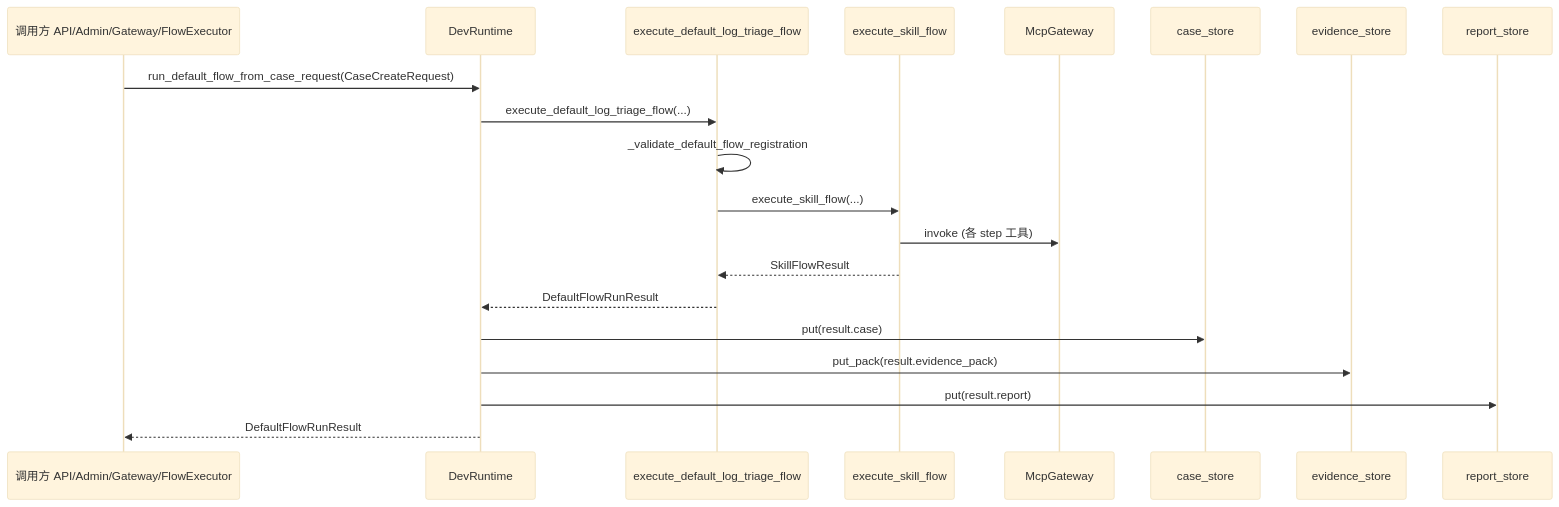
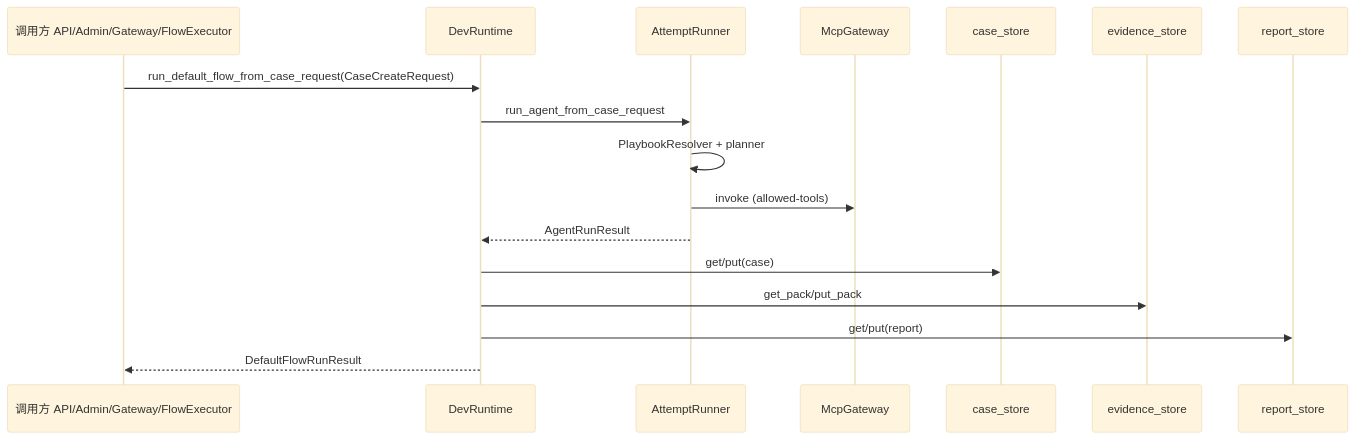
One commit to iceycn/root-seeker-v2 changed the second of 2 diagrams in docs/business-logic/01-bootstrap-wiring.md. Above: the diagram before and after it, drawn with Mermaid (base theme). The commit also changed other lines of this file and 10 other files, not shown here.

Commit message:
docs(skill): record Agent playbook as default path

````diff
--- a/docs/business-logic/01-bootstrap-wiring.md
+++ b/docs/business-logic/01-bootstrap-wiring.md
@@ -136,23 +136,20 @@
 ```mermaid
 sequenceDiagram
     participant Caller as 调用方 API/Admin/Gateway/FlowExecutor
     participant DR as DevRuntime
-    participant Runner as execute_default_log_triage_flow
-    participant Skill as execute_skill_flow
+    participant AR as AttemptRunner
     participant GW as McpGateway
     participant CS as case_store
     participant ES as evidence_store
     participant RS as report_store
 
     Caller->>DR: run_default_flow_from_case_request(CaseCreateRequest)
-    DR->>Runner: execute_default_log_triage_flow(...)
-    Runner->>Runner: _validate_default_flow_registration
-    Runner->>Skill: execute_skill_flow(...)
-    Skill->>GW: invoke (各 step 工具)
-    Skill-->>Runner: SkillFlowResult
-    Runner-->>DR: DefaultFlowRunResult
-    DR->>CS: put(result.case)
-    DR->>ES: put_pack(result.evidence_pack)
-    DR->>RS: put(result.report)
+    DR->>AR: run_agent_from_case_request
+    AR->>AR: PlaybookResolver + planner
+    AR->>GW: invoke (allowed-tools)
+    AR-->>DR: AgentRunResult
+    DR->>CS: get/put(case)
+    DR->>ES: get_pack/put_pack
+    DR->>RS: get/put(report)
     DR-->>Caller: DefaultFlowRunResult
 ```
````
